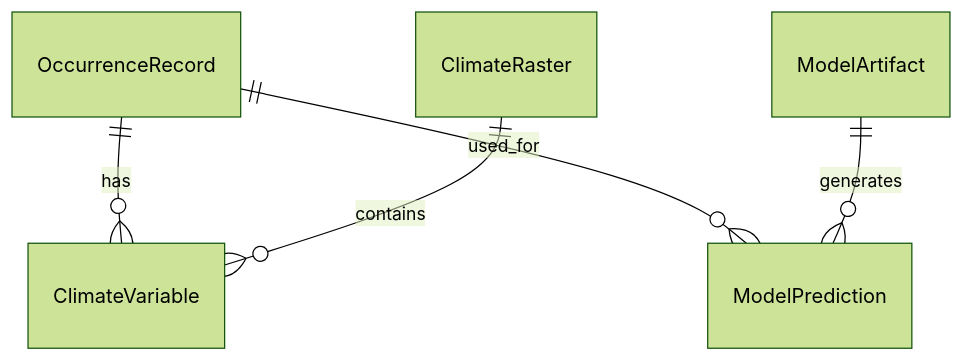
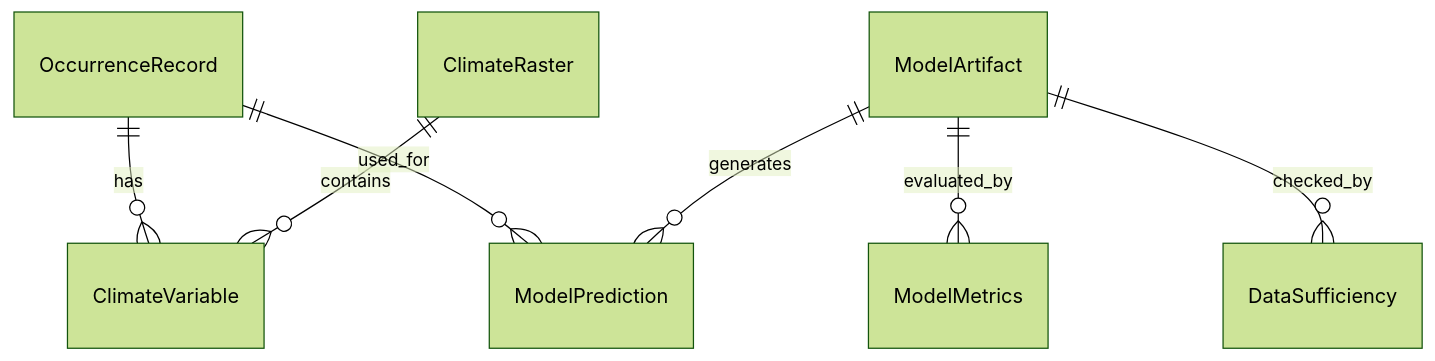
Before and after one commit to ContextLab/llmXive: the diagram in projects/PROJ-181-predicting-species-distribution-shifts-u/specs/001-predicting-species-distribution-shifts-u/data-model.md, drawn with Mermaid (forest theme). The commit also changed other lines of this file and 14 other files, not shown here.

````diff
--- a/projects/PROJ-181-predicting-species-distribution-shifts-u/specs/001-predicting-species-distribution-shifts-u/data-model.md
+++ b/projects/PROJ-181-predicting-species-distribution-shifts-u/specs/001-predicting-species-distribution-shifts-u/data-model.md
@@ -7,7 +6,9 @@
 ```mermaid
 erDiagram
     OccurrenceRecord ||--o{ ClimateVariable : "has"
     OccurrenceRecord ||--o{ ModelPrediction : "used_for"
     ModelArtifact ||--o{ ModelPrediction : "generates"
     ClimateRaster ||--o{ ClimateVariable : "contains"
+    ModelArtifact ||--o{ ModelMetrics : "evaluated_by"
+    ModelArtifact ||--o{ DataSufficiency : "checked_by"
 ```
````
